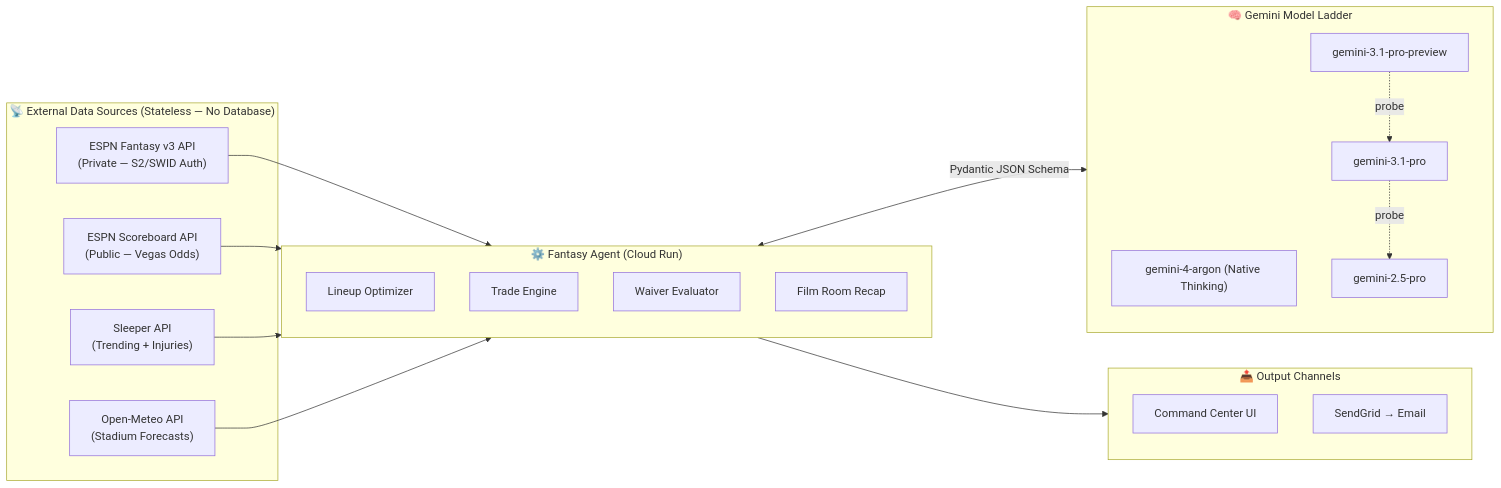
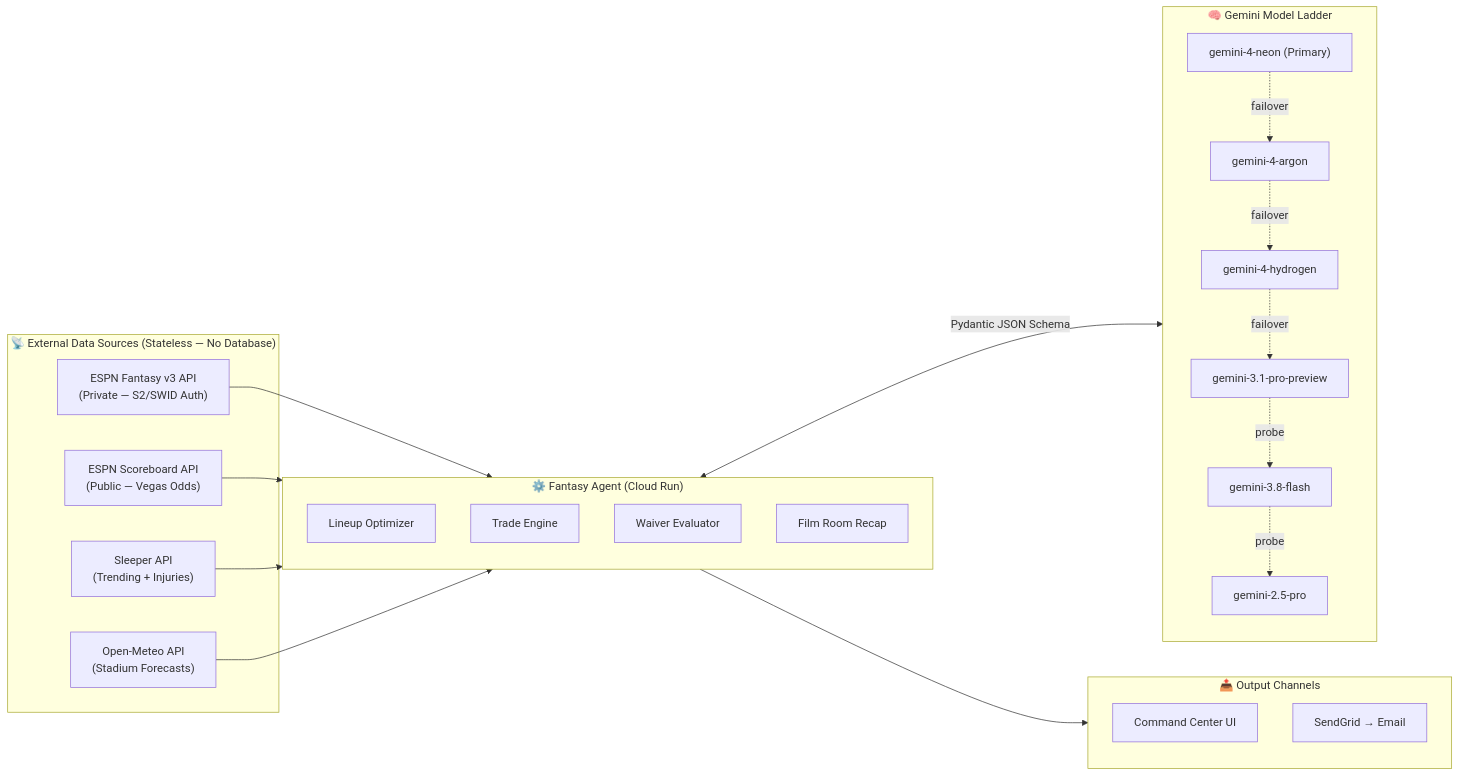
One commit to damiththa/nfl-fantasy-football-agent changed the second of 5 diagrams in ARCHITECTURE.md. Above: the diagram before and after it, drawn with Mermaid. The commit also changed other lines of this file and 5 other files, not shown here.

Commit message:
feat: switch primary model to gemini-4-neon (newest Gemini 4), argon becomes first fallback; refresh architecture docs

````diff
--- a/ARCHITECTURE.md
+++ b/ARCHITECTURE.md
@@ -172,39 +178,44 @@
 ```mermaid
 flowchart LR
     subgraph DataSources ["📡 External Data Sources (Stateless — No Database)"]
         ESPN["ESPN Fantasy v3 API<br/>(Private — S2/SWID Auth)"]
         ESPN_SB["ESPN Scoreboard API<br/>(Public — Vegas Odds)"]
         Sleeper["Sleeper API<br/>(Trending + Injuries)"]
         Weather["Open-Meteo API<br/>(Stadium Forecasts)"]
     end
 
     subgraph AILayer ["🧠 Gemini Model Ladder"]
-        G4A["gemini-4-argon (Native Thinking)"]
+        G4N["gemini-4-neon (Primary)"]
+        G4A["gemini-4-argon"]
+        G4H["gemini-4-hydrogen"]
         G31P["gemini-3.1-pro-preview"]
-        G31["gemini-3.1-pro"]
+        G38F["gemini-3.8-flash"]
         G25["gemini-2.5-pro"]
     end
 
     subgraph Outputs ["📤 Output Channels"]
         UI["Command Center UI"]
         Email["SendGrid → Email"]
     end
 
     subgraph Agent ["⚙️ Fantasy Agent (Cloud Run)"]
         Lineup["Lineup Optimizer"]
         Trades["Trade Engine"]
         Waivers["Waiver Evaluator"]
         Recap["Film Room Recap"]
     end
 
     ESPN --> Agent
     ESPN_SB --> Agent
     Sleeper --> Agent
     Weather --> Agent
 
     Agent <-->|"Pydantic JSON Schema"| AILayer
-    G31P -.->|"probe"| G31
-    G31 -.->|"probe"| G25
+    G4N -.->|"failover"| G4A
+    G4A -.->|"failover"| G4H
+    G4H -.->|"failover"| G31P
+    G31P -.->|"probe"| G38F
+    G38F -.->|"probe"| G25
 
     Agent --> Outputs
 ```
````
